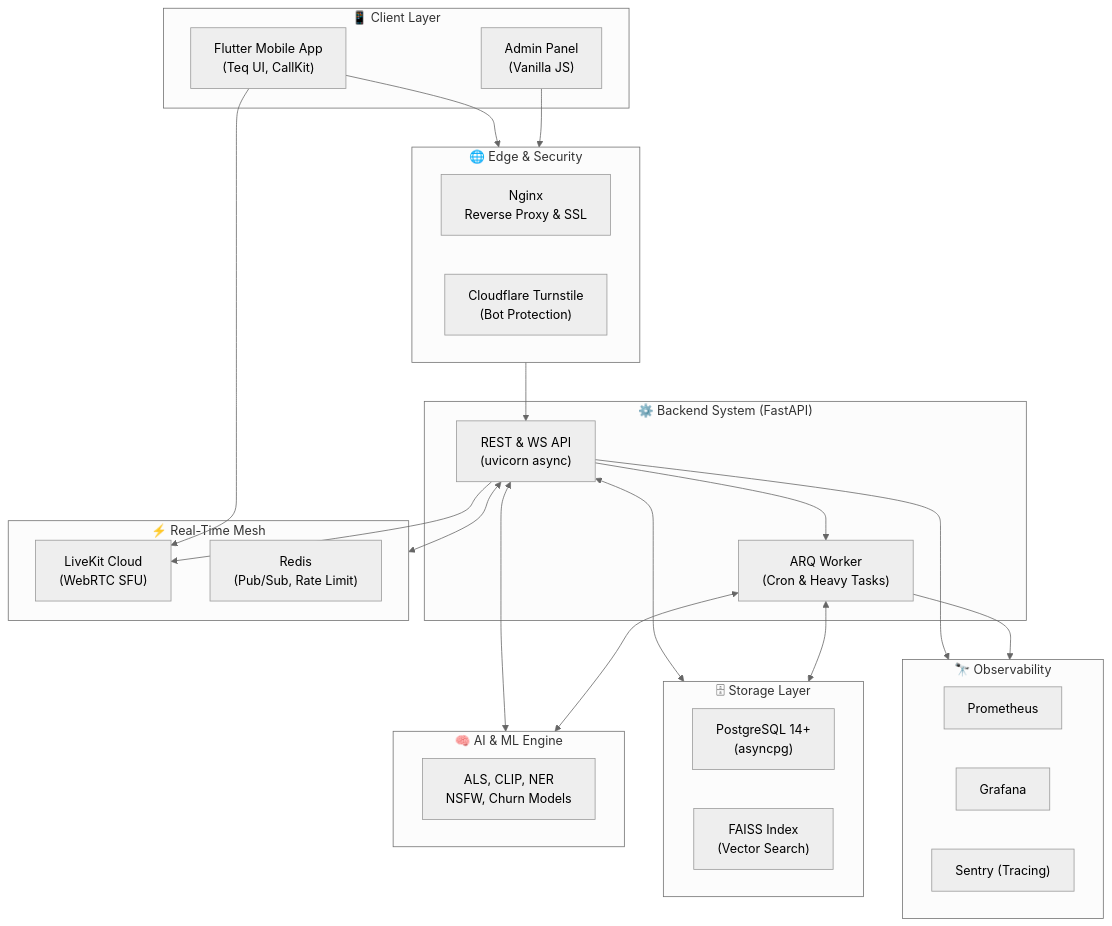
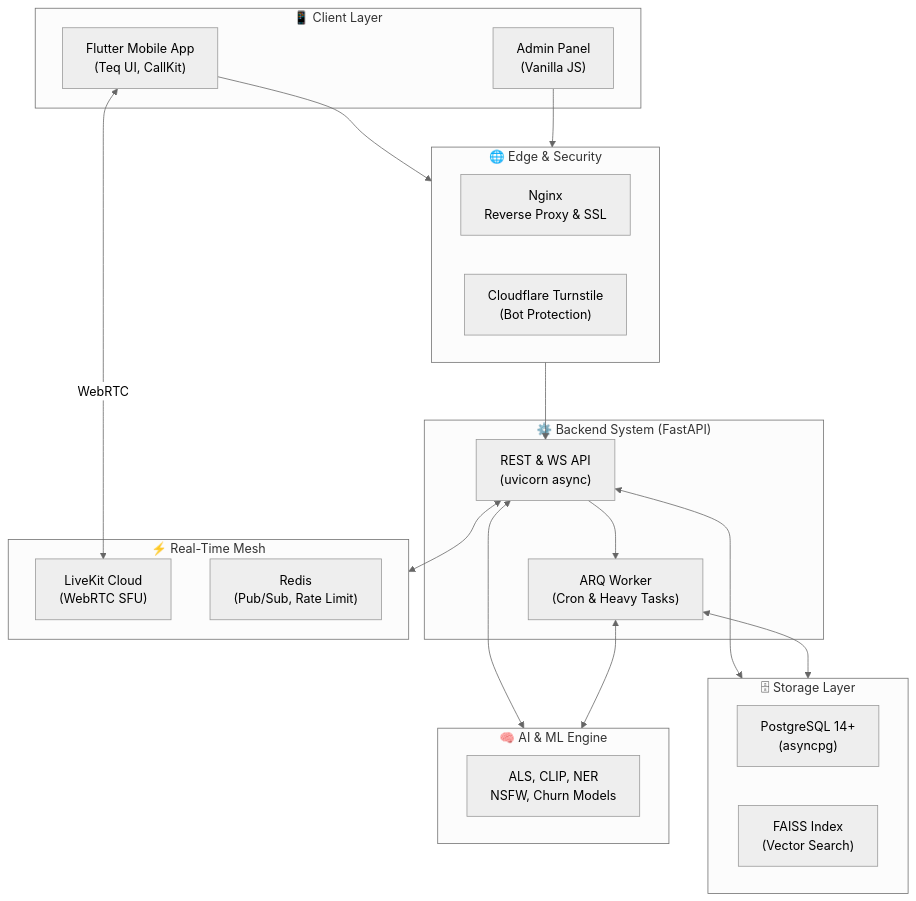
One commit to tucibeyin/teqlif changed the first of 8 diagrams in README.md. Above: the diagram before and after it, drawn with Mermaid (neutral theme). The commit also changed other lines of this file, not shown here.

Commit message:
docs: Enhance ARC42 README with comprehensive Mermaid visuals and schemas

````diff
--- a/README.md
+++ b/README.md
@@ -35,52 +33,42 @@
 ```mermaid
 graph TB
     subgraph CLIENTS["📱 Client Layer"]
         MOB["Flutter Mobile App\n(Teq UI, CallKit)"]
         WEB["Admin Panel\n(Vanilla JS)"]
     end
 
     subgraph EDGE["🌐 Edge & Security"]
         NGINX["Nginx\nReverse Proxy & SSL"]
         CF["Cloudflare Turnstile\n(Bot Protection)"]
     end
 
     subgraph BACKEND["⚙️ Backend System (FastAPI)"]
         API["REST & WS API\n(uvicorn async)"]
         WORKER["ARQ Worker\n(Cron & Heavy Tasks)"]
     end
 
     subgraph REALTIME["⚡ Real-Time Mesh"]
         LK["LiveKit Cloud\n(WebRTC SFU)"]
         RD["Redis\n(Pub/Sub, Rate Limit)"]
     end
 
     subgraph AI_ML["🧠 AI & ML Engine"]
         MODELS["ALS, CLIP, NER\nNSFW, Churn Models"]
     end
 
     subgraph DATA["🗄 Storage Layer"]
         PG["PostgreSQL 14+\n(asyncpg)"]
         FAISS["FAISS Index\n(Vector Search)"]
     end
 
-    subgraph OBSERVE["🔭 Observability"]
-        PROM["Prometheus"]
-        GRAF["Grafana"]
-        SENTRY["Sentry (Tracing)"]
-    end
-
     MOB --> EDGE
     WEB --> EDGE
     EDGE --> API
     API --> WORKER
     API <--> REALTIME
     API <--> AI_ML
     API <--> DATA
     WORKER <--> AI_ML
     WORKER <--> DATA
-    
-    API --> OBSERVE
-    WORKER --> OBSERVE
-    MOB --> LK
-    API --> LK
+    MOB <-->|"WebRTC"| LK
 ```
````
